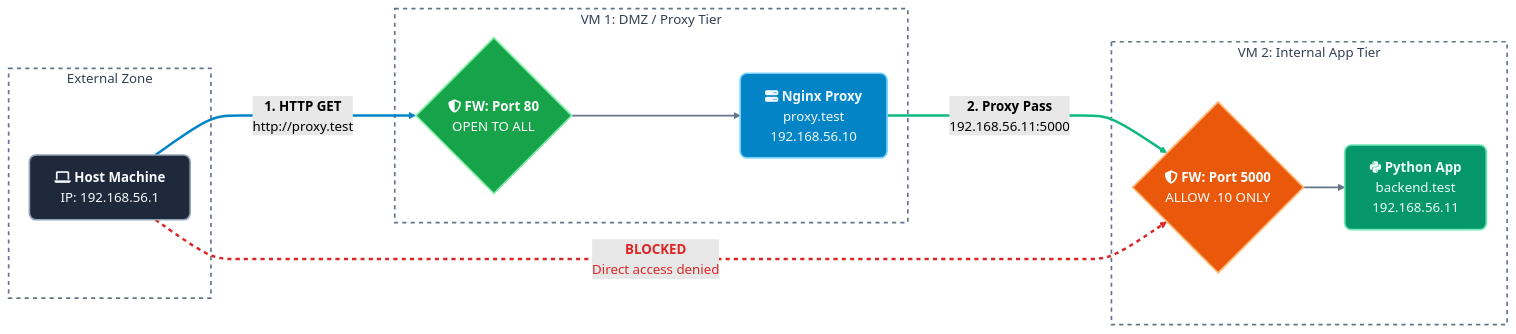
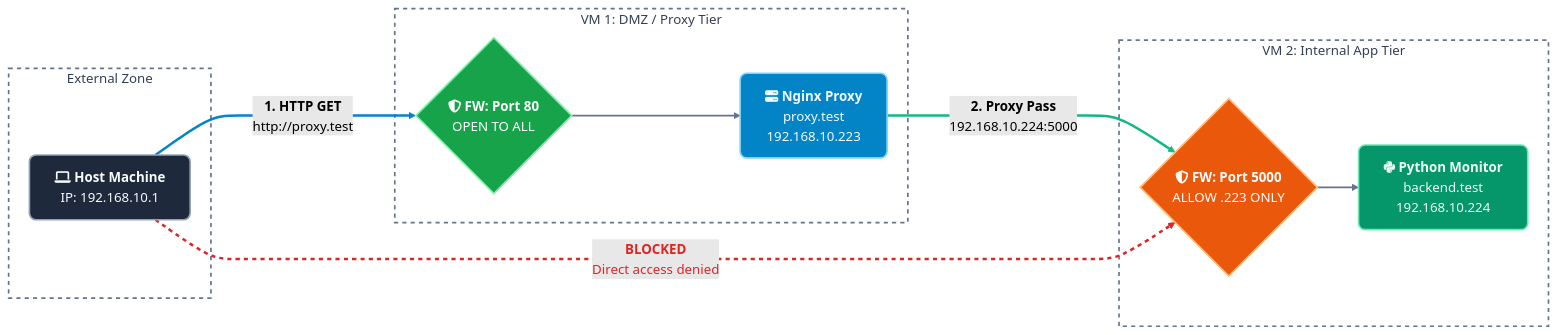
Before and after one commit to techgeek68/DevOps: the diagram in Module 05 Web Servers  Applications and Testing Strategy/01. Notes/03. Lab - Web Server/02. Lab 5.1.B Nginx - Static Site, Reverse Proxy, and Load Balancer/02. Lab 5.1.B Nginx - Static Site, Reverse Proxy, and Load Balancer.md, drawn with Mermaid (forest theme). The commit also changed other lines of this file, not shown here.

Commit message:
Update Nginx static site reverse proxy and load balancer lab

````diff
--- a/Module 05 Web Servers  Applications and Testing Strategy/01. Notes/03. Lab - Web Server/02. Lab 5.1.B Nginx - Static Site, Reverse Proxy, and Load Balancer/02. Lab 5.1.B Nginx - Static Site, Reverse Proxy, and Load Balancer.md
+++ b/Module 05 Web Servers  Applications and Testing Strategy/01. Notes/03. Lab - Web Server/02. Lab 5.1.B Nginx - Static Site, Reverse Proxy, and Load Balancer/02. Lab 5.1.B Nginx - Static Site, Reverse Proxy, and Load Balancer.md
@@ -125,42 +126,37 @@
 ```mermaid
 flowchart LR
-    %% Modern styling definitions
     classDef client fill:#1E293B,stroke:#94A3B8,stroke-width:2px,color:#F8FAFC,rx:8
     classDef proxy fill:#0284C7,stroke:#7DD3FC,stroke-width:2px,color:#F0F9FF,rx:8
     classDef backend fill:#059669,stroke:#6EE7B7,stroke-width:2px,color:#ECFDF5,rx:8
     classDef fwOpen fill:#16A34A,stroke:#86EFAC,stroke-width:2px,color:#FFFFFF
     classDef fwStrict fill:#EA580C,stroke:#FDBA74,stroke-width:2px,color:#FFFFFF
     classDef zone fill:transparent,stroke:#64748B,stroke-width:2px,stroke-dasharray: 5 5,color:#334155
 
     subgraph HostZone [External Zone]
-        Client["fa:fa-laptop <b>Host Machine</b><br/>IP: 192.168.56.1"]:::client
+        Client["fa:fa-laptop <b>Host Machine</b><br/>IP: 192.168.10.1"]:::client
     end
 
     subgraph ProxyZone [VM 1: DMZ / Proxy Tier]
         FW1{"fa:fa-shield-alt <b>FW: Port 80</b><br/>OPEN TO ALL"}:::fwOpen
-        Nginx["fa:fa-server <b>Nginx Proxy</b><br/>proxy.test<br/>192.168.56.10"]:::proxy
+        Nginx["fa:fa-server <b>Nginx Proxy</b><br/>proxy.test<br/>192.168.10.223"]:::proxy
         FW1 --> Nginx
     end
 
     subgraph AppZone [VM 2: Internal App Tier]
-        FW2{"fa:fa-shield-alt <b>FW: Port 5000</b><br/>ALLOW .10 ONLY"}:::fwStrict
-        App["fab:fa-python <b>Python App</b><br/>backend.test<br/>192.168.56.11"]:::backend
+        FW2{"fa:fa-shield-alt <b>FW: Port 5000</b><br/>ALLOW .223 ONLY"}:::fwStrict
+        App["fab:fa-python <b>Python Monitor</b><br/>backend.test<br/>192.168.10.224"]:::backend
         FW2 --> App
     end
 
-    %% Valid Traffic
     Client ===>|"<b>1. HTTP GET</b><br/>http://proxy.test"| FW1
-    Nginx ===>|"<b>2. Proxy Pass</b><br/>192.168.56.11:5000"| FW2
-
-    %% Blocked Traffic
+    Nginx ===>|"<b>2. Proxy Pass</b><br/>192.168.10.224:5000"| FW2
     Client -.->|"<b>BLOCKED</b><br/>Direct access denied"| FW2
 
-    %% Link Styling
     linkStyle 0 stroke:#64748B,stroke-width:2px
     linkStyle 1 stroke:#64748B,stroke-width:2px
     linkStyle 2 stroke:#0284C7,stroke-width:3px
     linkStyle 3 stroke:#10B981,stroke-width:3px
     linkStyle 4 stroke:#DC2626,stroke-width:3px,stroke-dasharray: 5 5,color:#DC2626
-    
+
     class HostZone,ProxyZone,AppZone zone
 ```
````
